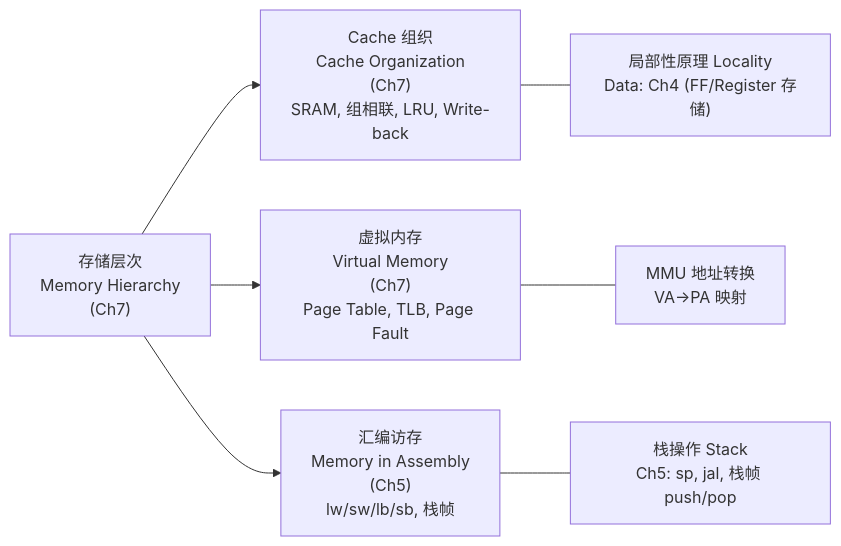
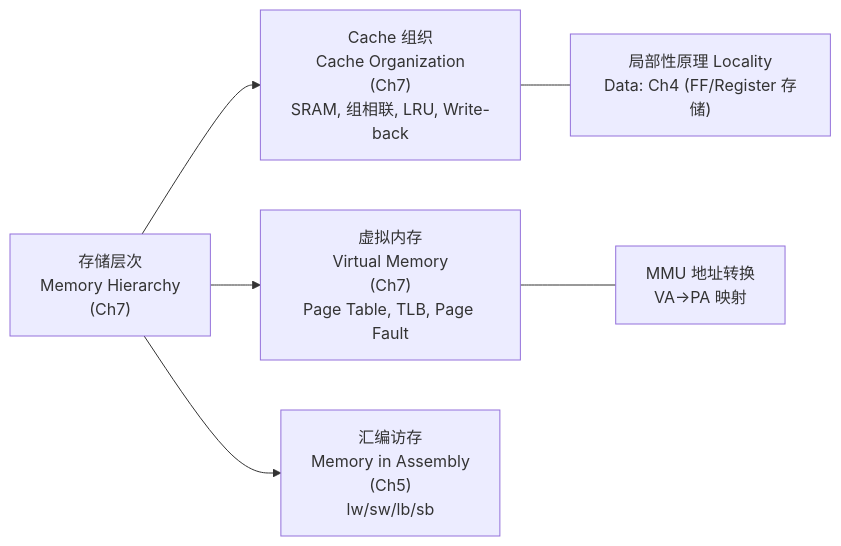
Before and after one commit to wufangxun106334-pixel/CS-: the fifth of 6 diagrams in COMP30660 Arch架构/00_课程总览_Overview.md, drawn with Mermaid. The commit also changed other lines of this file and 279 other files, not shown here.

````diff
--- a/COMP30660 Arch架构/00_课程总览_Overview.md
+++ b/COMP30660 Arch架构/00_课程总览_Overview.md
@@ -286,12 +302,11 @@
 ```mermaid
 flowchart LR
     MH["存储层次<br/>Memory Hierarchy<br/>(Ch7)"]
 
     MH --> CACHE["Cache 组织<br/>Cache Organization<br/>(Ch7)<br/>SRAM, 组相联, LRU, Write-back"]
     MH --> VM["虚拟内存<br/>Virtual Memory<br/>(Ch7)<br/>Page Table, TLB, Page Fault"]
-    MH --> ASM_MEM["汇编访存<br/>Memory in Assembly<br/>(Ch5)<br/>lw/sw/lb/sb, 栈帧"]
+    MH --> ASM_MEM["汇编访存<br/>Memory in Assembly<br/>(Ch5)<br/>lw/sw/lb/sb"]
 
     CACHE --- LC["局部性原理 Locality<br/>Data: Ch4 (FF/Register 存储)"]
     VM --- MMU["MMU 地址转换<br/>VA->PA 映射"]
-    ASM_MEM --- STACK["栈操作 Stack<br/>Ch5: sp, jal, 栈帧 push/pop"]
 ```
````
